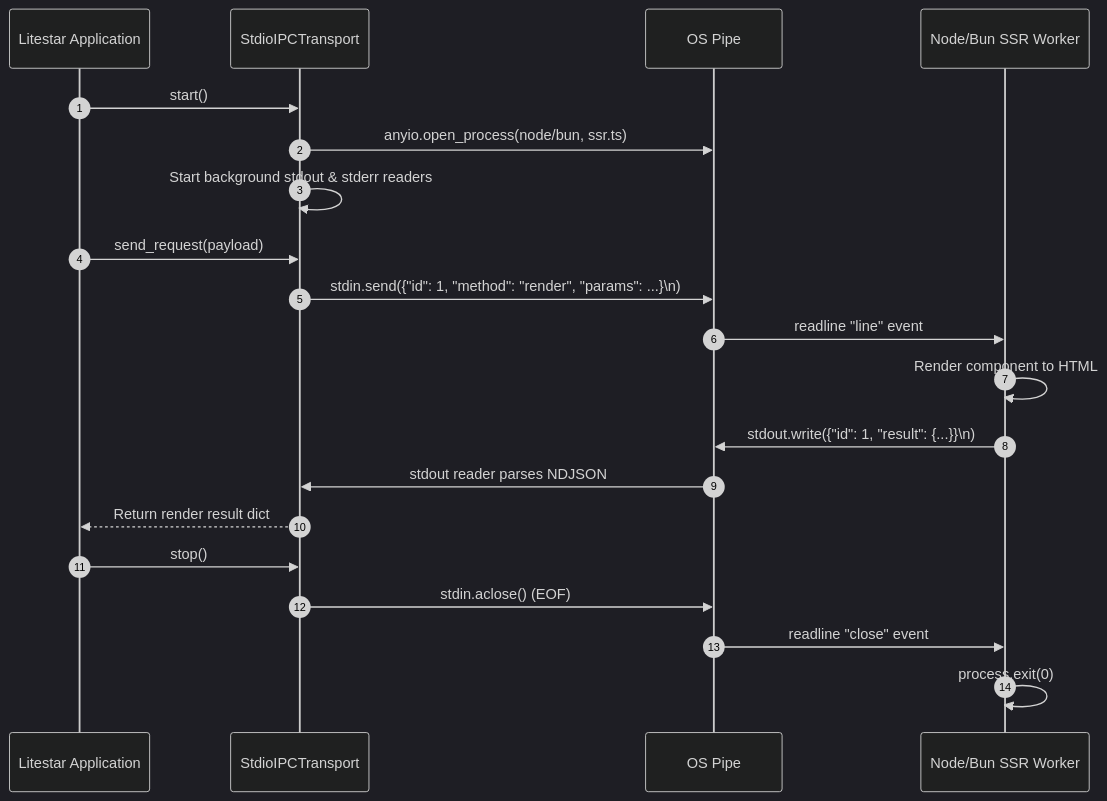
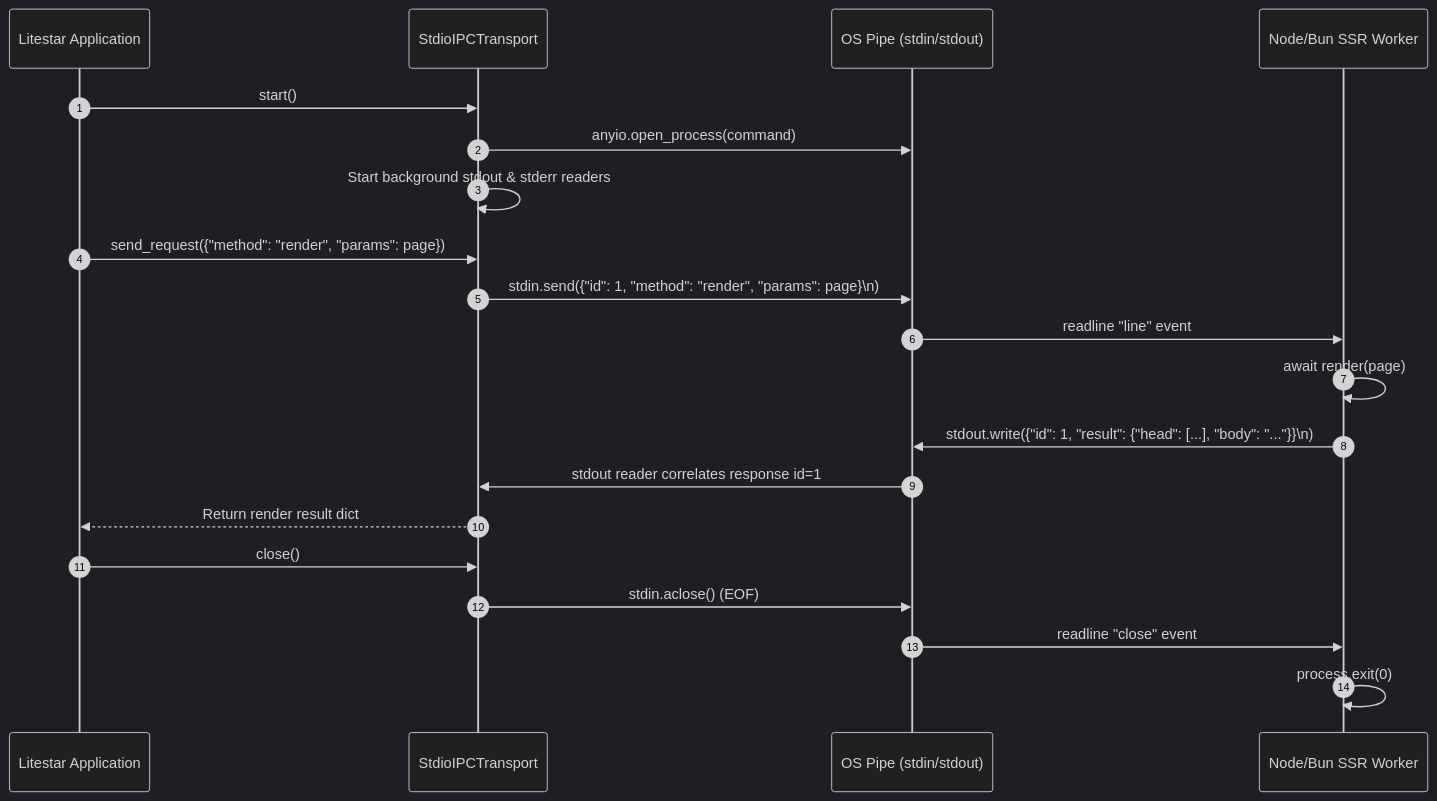
One commit to litestar-org/litestar-vite changed the diagram in docs/ssr/ipc-architecture.rst. Above: the diagram before and after it, drawn with Mermaid (dark theme). The commit also changed other lines of this file and 37 other files, not shown here.

```diff
--- a/docs/ssr/ipc-architecture.rst
+++ b/docs/ssr/ipc-architecture.rst
@@ -55,25 +48,25 @@
 .. mermaid::
 
    sequenceDiagram
        autonumber
        participant App as Litestar Application
        participant Transport as StdioIPCTransport
-       participant Pipe as OS Pipe
+       participant Pipe as OS Pipe (stdin/stdout)
        participant Worker as Node/Bun SSR Worker
 
        App->>Transport: start()
-       Transport->>Pipe: anyio.open_process(node/bun, ssr.ts)
+       Transport->>Pipe: anyio.open_process(command)
        Transport->>Transport: Start background stdout & stderr readers
 
-       App->>Transport: send_request(payload)
-       Transport->>Pipe: stdin.send({"id": 1, "method": "render", "params": ...}\n)
+       App->>Transport: send_request({"method": "render", "params": page})
+       Transport->>Pipe: stdin.send({"id": 1, "method": "render", "params": page}\n)
        Pipe->>Worker: readline "line" event
-       Worker->>Worker: Render component to HTML
-       Worker->>Pipe: stdout.write({"id": 1, "result": {...}}\n)
-       Pipe->>Transport: stdout reader parses NDJSON
+       Worker->>Worker: await render(page)
+       Worker->>Pipe: stdout.write({"id": 1, "result": {"head": [...], "body": "..."}}\n)
+       Pipe->>Transport: stdout reader correlates response id=1
        Transport-->>App: Return render result dict
 
-       App->>Transport: stop()
+       App->>Transport: close()
        Transport->>Pipe: stdin.aclose() (EOF)
        Pipe->>Worker: readline "close" event
        Worker->>Worker: process.exit(0)
```
